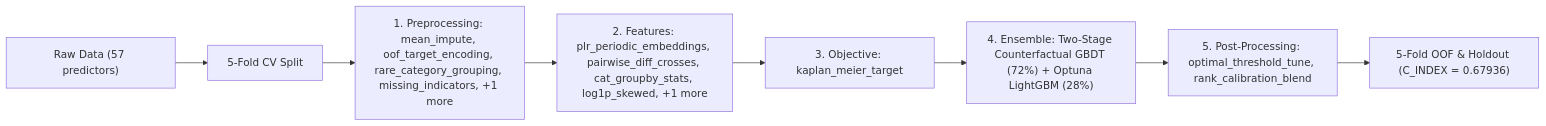
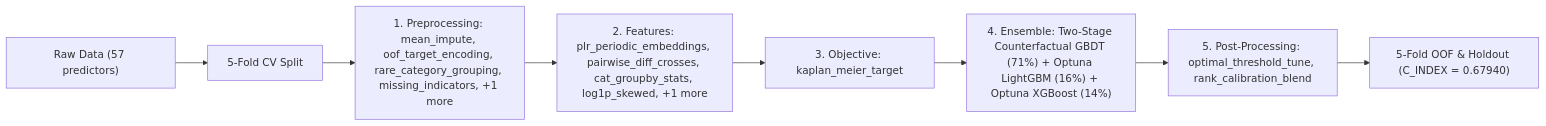
One commit to stefanoclss/CIBMTR-Equity-in-Post-HCT-Survival-Predictions changed the diagram in README.md. Above: the diagram before and after it, drawn with Mermaid. The commit also changed other lines of this file, not shown here.

First line of the commit message:
docs(readme): refresh verified OOF benchmark & build ledger (C_INDEX=0.67940)

````diff
--- a/README.md
+++ b/README.md
@@ -145,10 +147,10 @@
 ```mermaid
 flowchart LR
     DATA["Raw Data (57 predictors)"] --> SPLIT["5-Fold CV Split"]
     SPLIT --> PRE["1. Preprocessing: mean_impute, oof_target_encoding, rare_category_grouping, missing_indicators, +1 more"]
     PRE --> FEAT["2. Features: plr_periodic_embeddings, pairwise_diff_crosses, cat_groupby_stats, log1p_skewed, +1 more"]
     FEAT --> OBJ["3. Objective: kaplan_meier_target"]
-    OBJ --> M0["4. Ensemble: Two-Stage Counterfactual GBDT (72%) + Optuna LightGBM (28%)"]
+    OBJ --> M0["4. Ensemble: Two-Stage Counterfactual GBDT (71%) + Optuna LightGBM (16%) + Optuna XGBoost (14%)"]
     M0 --> POST["5. Post-Processing: optimal_threshold_tune, rank_calibration_blend"]
-    POST --> OUT["5-Fold OOF & Holdout (C_INDEX = 0.67936)"]
+    POST --> OUT["5-Fold OOF & Holdout (C_INDEX = 0.67940)"]
 ```
````
